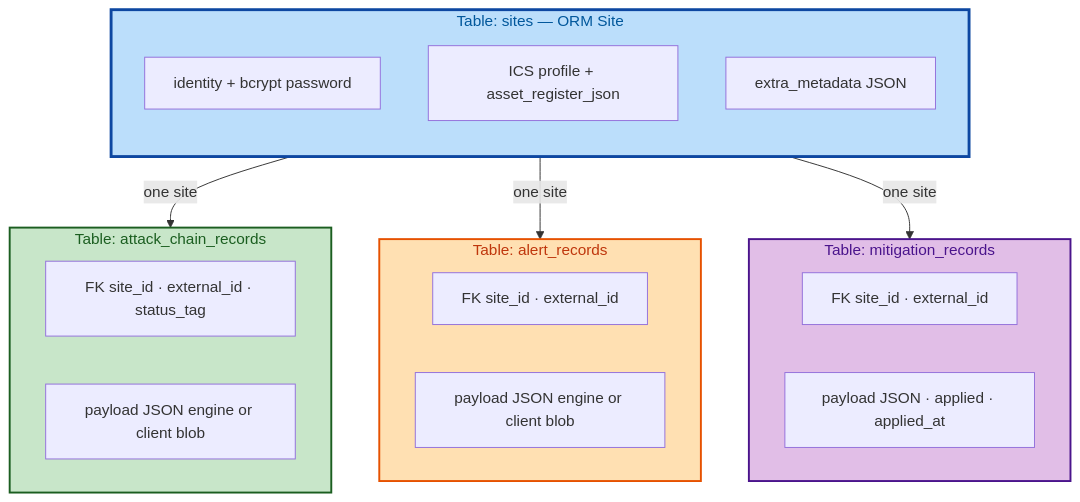
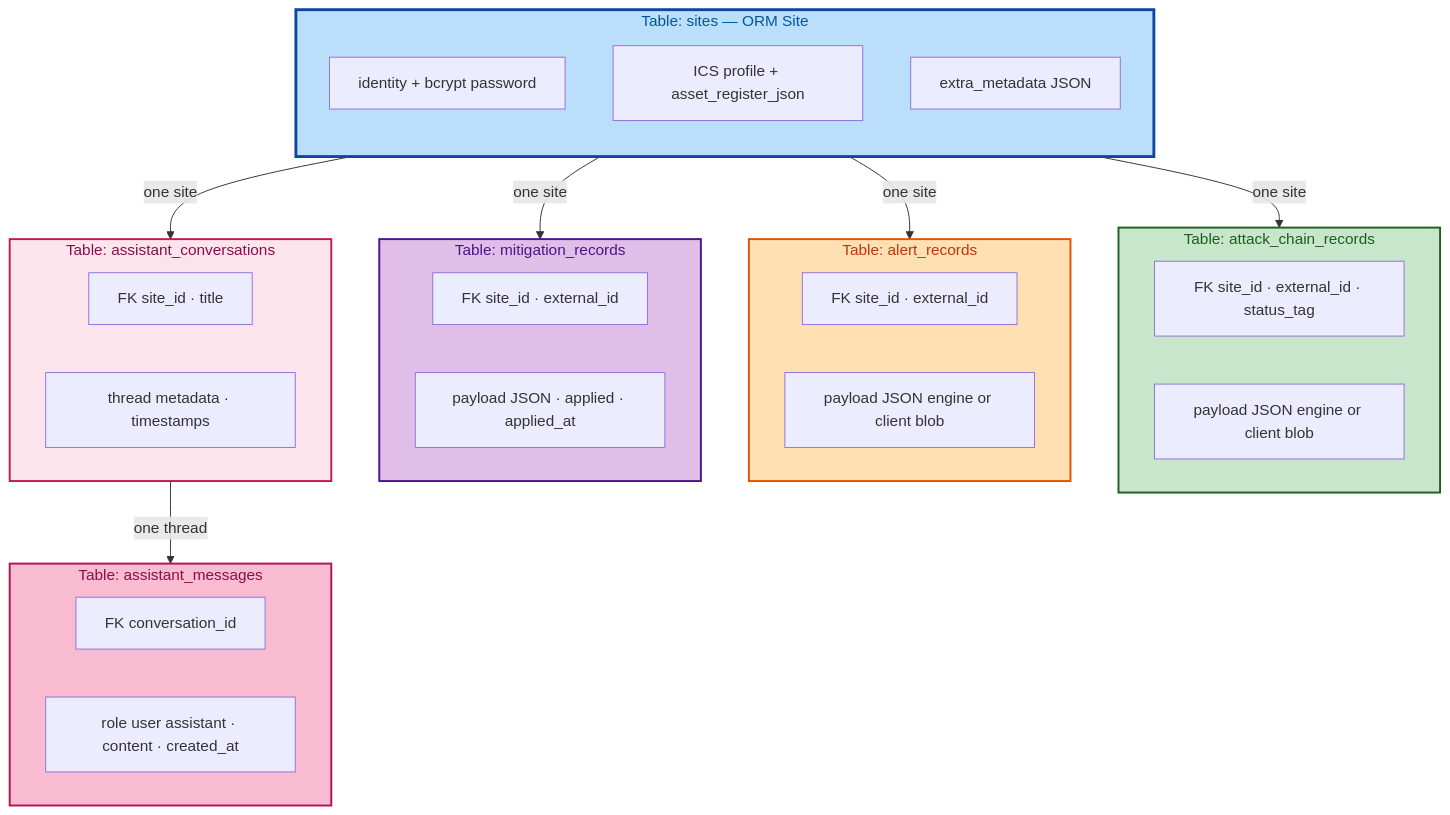
The third of 4 diagrams in README.md (Imeneallouche/AegisRec), drawn with Mermaid before and after one commit. The commit also changed other lines of this file and 12 other files, not shown here.

````diff
--- a/README.md
+++ b/README.md
@@ -254,33 +286,47 @@
 ```mermaid
 flowchart TB
   subgraph T_SITE["Table: sites — ORM Site"]
     direction TB
     A["identity + bcrypt password"]
     B["ICS profile + asset_register_json"]
     C["extra_metadata JSON"]
   end
 
   subgraph T_CHAIN["Table: attack_chain_records"]
     D["FK site_id · external_id · status_tag"]
     E["payload JSON engine or client blob"]
   end
 
   subgraph T_ALERT["Table: alert_records"]
     F["FK site_id · external_id"]
     G["payload JSON engine or client blob"]
   end
 
   subgraph T_MIT["Table: mitigation_records"]
     H["FK site_id · external_id"]
     I["payload JSON · applied · applied_at"]
   end
 
+  subgraph T_CONV["Table: assistant_conversations"]
+    J["FK site_id · title"]
+    K["thread metadata · timestamps"]
+  end
+
+  subgraph T_MSG["Table: assistant_messages"]
+    L["FK conversation_id"]
+    M["role user assistant · content · created_at"]
+  end
+
   T_SITE -->|one site| T_CHAIN
   T_SITE -->|one site| T_ALERT
   T_SITE -->|one site| T_MIT
+  T_SITE -->|one site| T_CONV
+  T_CONV -->|one thread| T_MSG
 
   style T_SITE fill:#bbdefb,stroke:#0d47a1,stroke-width:3px,color:#01579b
   style T_CHAIN fill:#c8e6c9,stroke:#1b5e20,stroke-width:2px,color:#1b5e20
   style T_ALERT fill:#ffe0b2,stroke:#e65100,stroke-width:2px,color:#bf360c
   style T_MIT fill:#e1bee7,stroke:#4a148c,stroke-width:2px,color:#4a148c
+  style T_CONV fill:#fce4ec,stroke:#c2185b,stroke-width:2px,color:#880e4f
+  style T_MSG fill:#f8bbd0,stroke:#ad1457,stroke-width:2px,color:#880e4f
 ```
````
